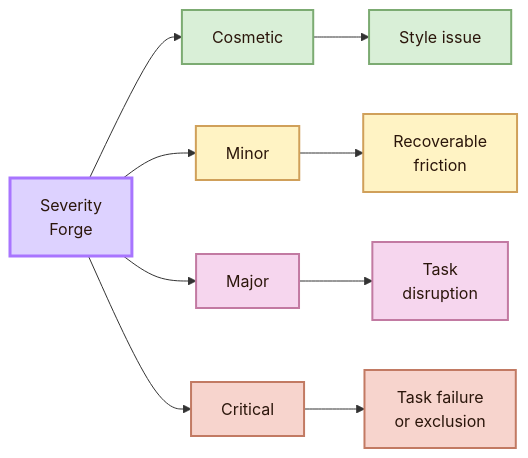
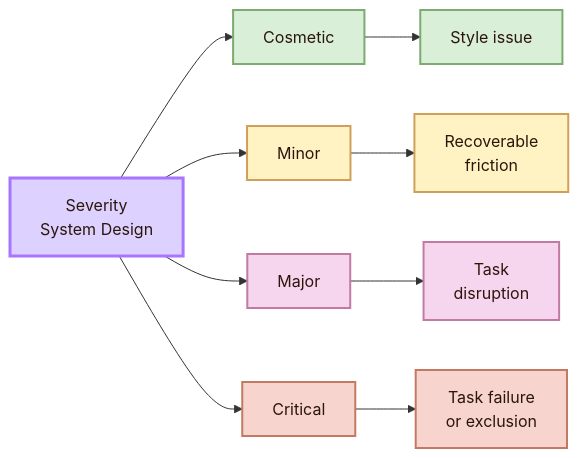
The tenth of 12 diagrams in 01_Core_Area_HCI/001_Subareas/01_Understanding_the_User/Activities/Experiment.md (andreitegzes06-ui/CogniShire), drawn with Mermaid before and after one commit. The commit also changed other lines of this file and 132 other files, not shown here.

````diff
--- a/01_Core_Area_HCI/001_Subareas/01_Understanding_the_User/Activities/Experiment.md
+++ b/01_Core_Area_HCI/001_Subareas/01_Understanding_the_User/Activities/Experiment.md
@@ -311,24 +272,24 @@
 ```mermaid
 flowchart LR
-    A["Severity<br/>Forge"] --> B["Cosmetic"]
+    A["Severity<br/>System Design"] --> B["Cosmetic"]
     A --> C["Minor"]
     A --> D["Major"]
     A --> E["Critical"]
 
     B --> B1["Style issue"]
     C --> C1["Recoverable<br/>friction"]
     D --> D1["Task<br/>disruption"]
     E --> E1["Task failure<br/>or exclusion"]
 
     classDef center fill:#ddd2ff,stroke:#a875ff,color:#2b160b,stroke-width:3px;
     classDef low fill:#d9efd7,stroke:#7cab72,color:#2b160b,stroke-width:2px;
     classDef mid fill:#fff3c4,stroke:#d0a05a,color:#2b160b,stroke-width:2px;
     classDef high fill:#f6d6ee,stroke:#c27aa2,color:#2b160b,stroke-width:2px;
     classDef critical fill:#f7d4cd,stroke:#c27a63,color:#2b160b,stroke-width:2px;
 
     class A center;
     class B,B1 low;
     class C,C1 mid;
     class D,D1 high;
     class E,E1 critical;
 ```
````
